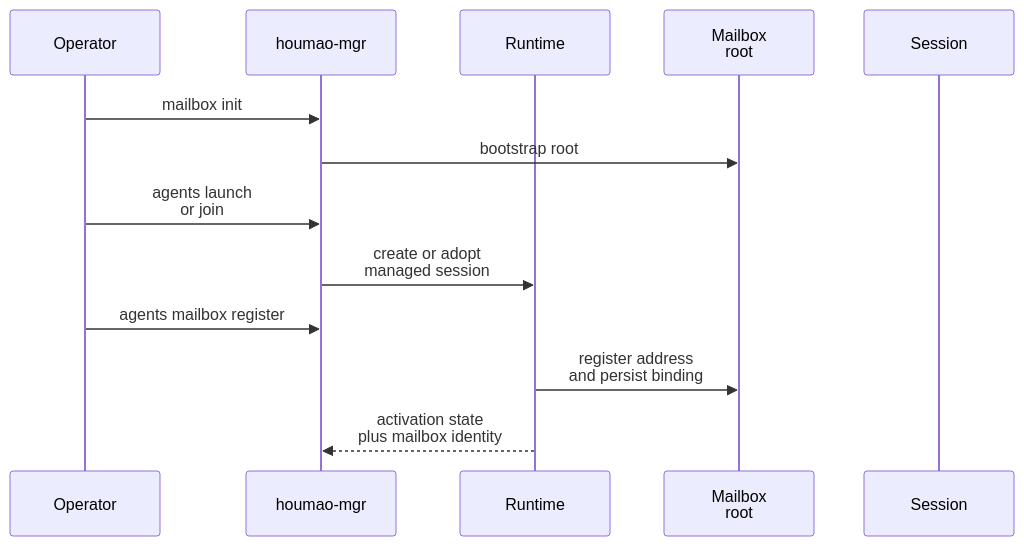
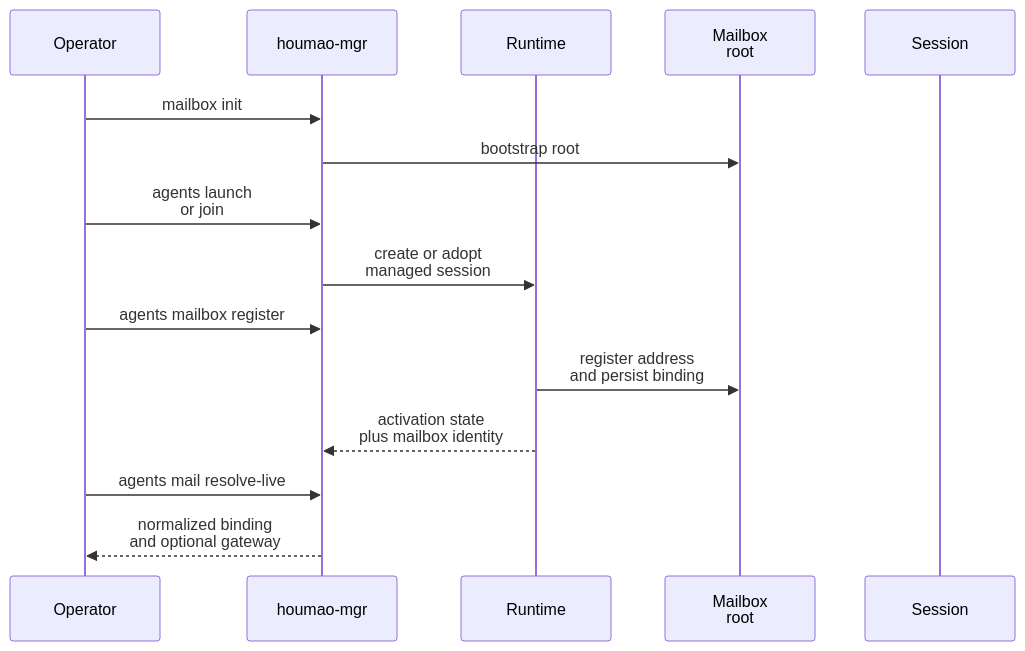
Before and after one commit to igamenovoer/houmao: the first of 2 diagrams in docs/reference/mailbox/quickstart.md, drawn with Mermaid. The commit also changed other lines of this file and 33 other files, not shown here.

Commit message:
feat: refactor agents mail discovery and fallback

````diff
--- a/docs/reference/mailbox/quickstart.md
+++ b/docs/reference/mailbox/quickstart.md
@@ -81,15 +89,17 @@
 ```mermaid
 sequenceDiagram
     participant Op as Operator
     participant CLI as houmao-mgr
     participant RT as Runtime
     participant FS as Mailbox<br/>root
     participant Ses as Session
     Op->>CLI: mailbox init
     CLI->>FS: bootstrap root
     Op->>CLI: agents launch<br/>or join
     CLI->>RT: create or adopt<br/>managed session
     Op->>CLI: agents mailbox register
     RT->>FS: register address<br/>and persist binding
     RT-->>CLI: activation state<br/>plus mailbox identity
+    Op->>CLI: agents mail resolve-live
+    CLI-->>Op: normalized binding<br/>and optional gateway
 ```
````
